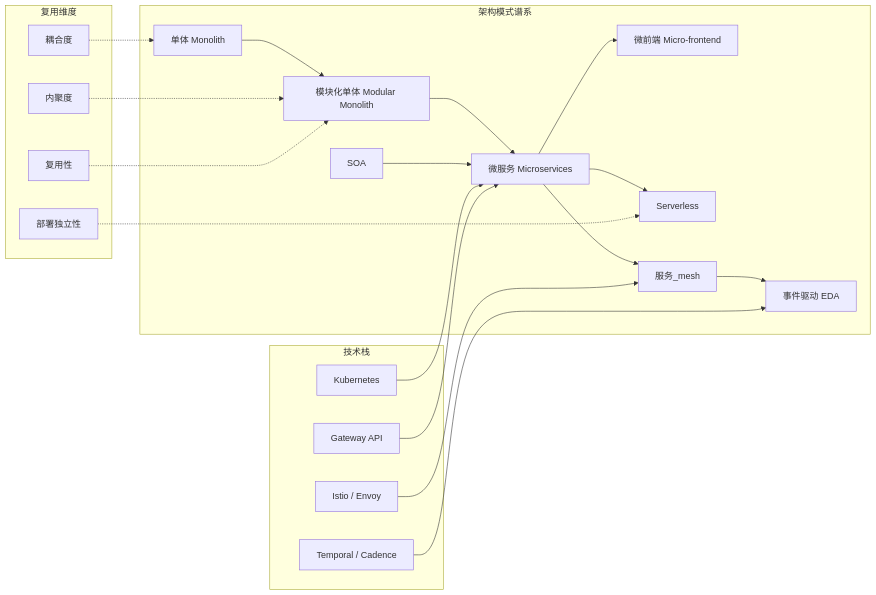
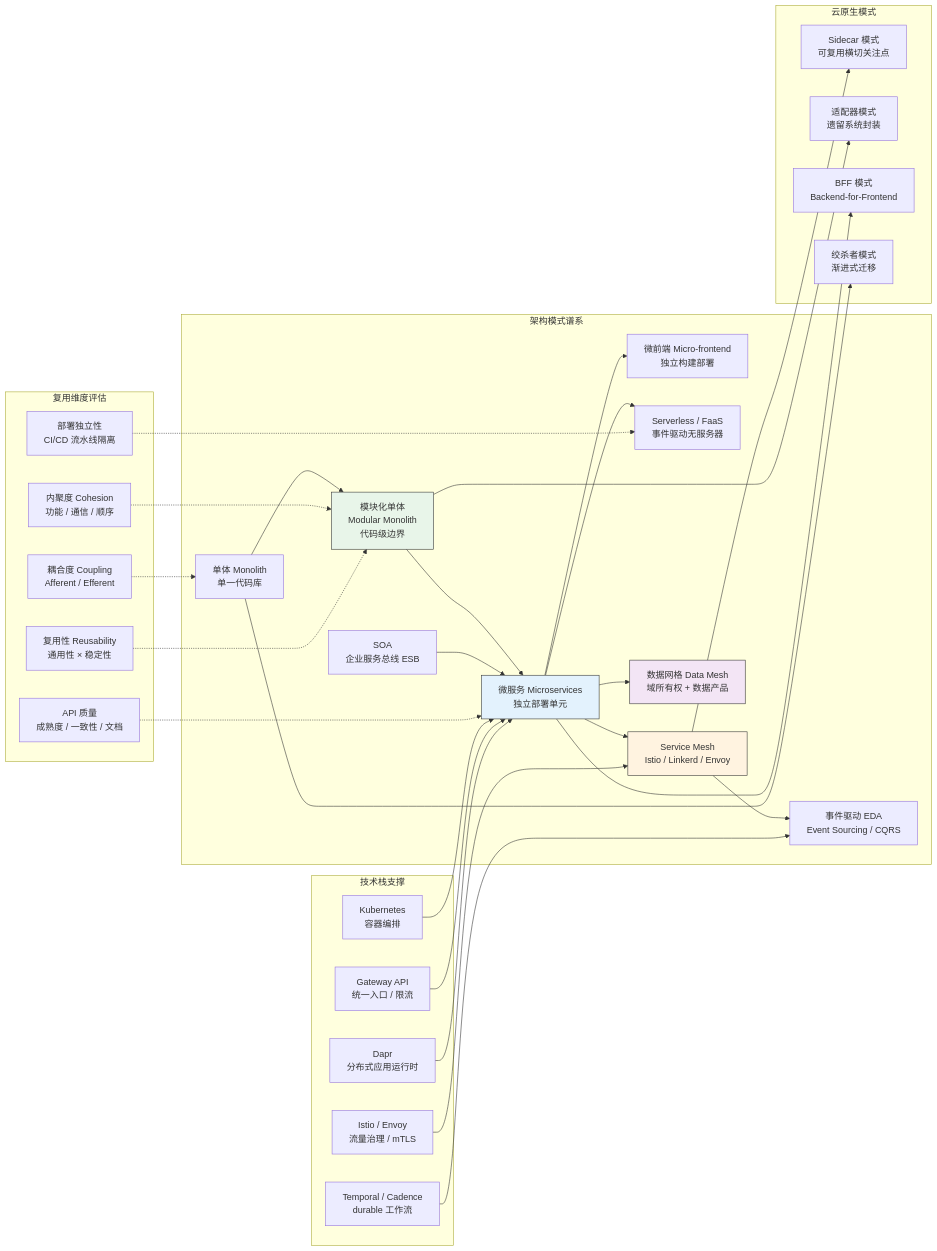
One commit to AdaMartin18010/Architecture changed the diagram in struct/99-reference/visualizations/03-application-architecture-reuse.mmd. Above: the diagram before and after it, drawn with Mermaid. The commit also changed 45 other files, not shown here.

```diff
--- a/struct/99-reference/visualizations/03-application-architecture-reuse.mmd
+++ b/struct/99-reference/visualizations/03-application-architecture-reuse.mmd
@@ -1,37 +1,60 @@
+%% 版本: 2026-06-10 | 状态: B3 完成 | 主题: 03 应用架构复用
 flowchart LR
-    subgraph 架构模式谱系
-        MONO["单体 Monolith"]
-        MMOD["模块化单体 Modular Monolith"]
-        SOA["SOA"]
-        MS["微服务 Microservices"]
-        MFE["微前端 Micro-frontend"]
-        SLS["Serverless"]
-        SM["服务_mesh"]
-        EDA["事件驱动 EDA"]
+    subgraph "架构模式谱系"
+        MONO["单体 Monolith<br/>单一代码库"]
+        MMOD["模块化单体<br/>Modular Monolith<br/>代码级边界"]
+        SOA["SOA<br/>企业服务总线 ESB"]
+        MS["微服务 Microservices<br/>独立部署单元"]
+        MFE["微前端 Micro-frontend<br/>独立构建部署"]
+        SLS["Serverless / FaaS<br/>事件驱动无服务器"]
+        SM["Service Mesh<br/>Istio / Linkerd / Envoy"]
+        EDA["事件驱动 EDA<br/>Event Sourcing / CQRS"]
+        DMESH["数据网格 Data Mesh<br/>域所有权 + 数据产品"]
     end
 
-    subgraph 复用维度
-        COU["耦合度"]
-        COH["内聚度"]
-        DEP["部署独立性"]
-        RES["复用性"]
+    subgraph "复用维度评估"
+        COU["耦合度 Coupling<br/>Afferent / Efferent"]
+        COH["内聚度 Cohesion<br/>功能 / 通信 / 顺序"]
+        DEP["部署独立性<br/>CI/CD 流水线隔离"]
+        RES["复用性 Reusability<br/>通用性 × 稳定性"]
+        API_Q["API 质量<br/>成熟度 / 一致性 / 文档"]
     end
 
-    subgraph 技术栈
-        K8S["Kubernetes"]
-        ISTIO["Istio / Envoy"]
-        GATE["Gateway API"]
-        TEMP["Temporal / Cadence"]
+    subgraph "技术栈支撑"
+        K8S["Kubernetes<br/>容器编排"]
+        ISTIO["Istio / Envoy<br/>流量治理 / mTLS"]
+        GATE["Gateway API<br/>统一入口 / 限流"]
+        TEMP["Temporal / Cadence<br/> durable 工作流"]
+        DAPR["Dapr<br/>分布式应用运行时"]
+    end
+
+    subgraph "云原生模式"
+        SIDECAR["Sidecar 模式<br/>可复用横切关注点"]
+        ADAPTER_P["适配器模式<br/>遗留系统封装"]
+        BFF["BFF 模式<br/>Backend-for-Frontend"]
+        STRANGLER["绞杀者模式<br/>渐进式迁移"]
     end
 
     MONO --> MMOD --> MS --> SLS
     SOA --> MS --> SM --> EDA
     MS --> MFE
+    MS --> DMESH
     COU -.-> MONO
     COH -.-> MMOD
     DEP -.-> SLS
     RES -.-> MMOD
+    API_Q -.-> MS
     K8S --> MS
     ISTIO --> SM
     GATE --> MS
     TEMP --> EDA
+    DAPR --> MS
+    SM --> SIDECAR
+    MMOD --> ADAPTER_P
+    MS --> BFF
+    MONO --> STRANGLER
+
+    style MMOD fill:#e8f5e9,stroke:#333
+    style MS fill:#e3f2fd,stroke:#333
+    style DMESH fill:#f3e5f5,stroke:#333
+    style SM fill:#fff3e0,stroke:#333
```
